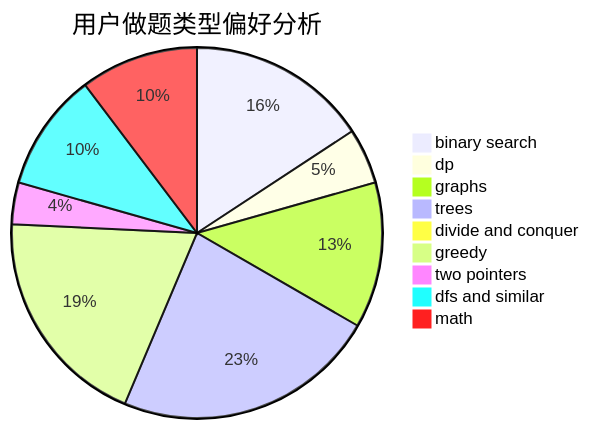
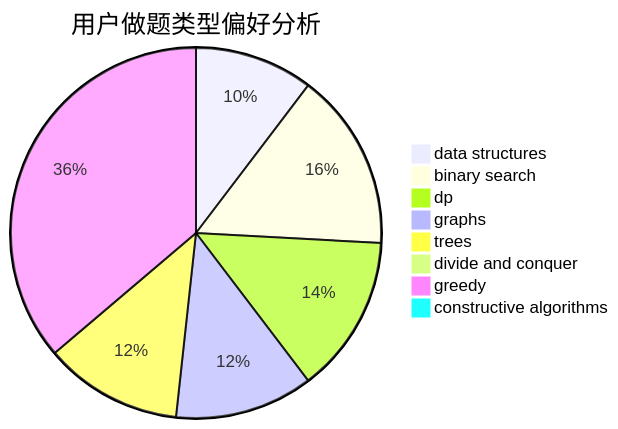
The second of 3 diagrams in docs/user/u1681.md (sherpahu/cfrs.github.io), drawn with Mermaid before and after one commit. The commit also changed other lines of this file and 2775 other files, not shown here.

````diff
--- a/docs/user/u1681.md
+++ b/docs/user/u1681.md
@@ -23,12 +23,11 @@
 ```mermaid
 pie title 用户做题类型偏好分析
-    "binary search" :  26
+    "data structures" :  6
+    "binary search" :  9
     "dp" :  8
-    "graphs" :  21
-    "trees" :  38
+    "graphs" :  7
+    "trees" :  7
     "divide and conquer" :  0
-    "greedy" :  32
-    "two pointers" :  6
-    "dfs and similar" :  17
-    "math" :  17
+    "greedy" :  21
+    "constructive algorithms" :  0
 ```
````
